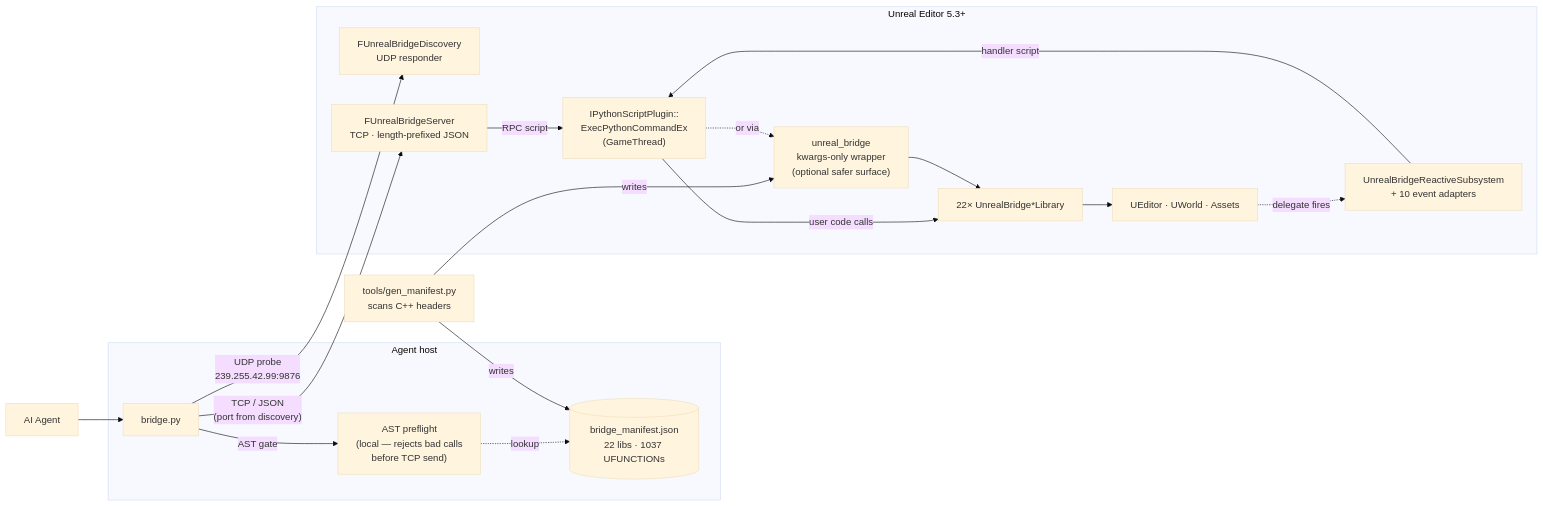
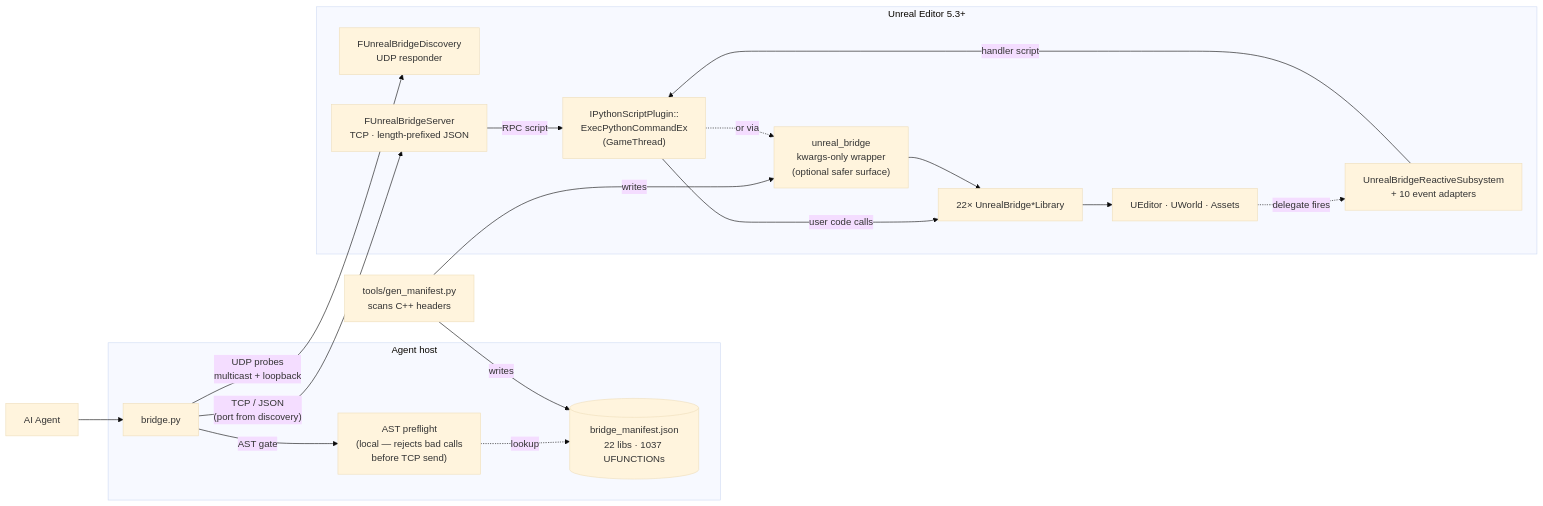
Before and after one commit to Tommy1213888/UnrealBridge: the diagram in README.md, drawn with Mermaid (base theme). The commit also changed other lines of this file and 6 other files, not shown here.

Commit message:
fix(discovery): add loopback probe fallback

````diff
--- a/README.md
+++ b/README.md
@@ -41,40 +41,40 @@
 ```mermaid
 flowchart LR
     Agent["AI Agent"]
 
     subgraph Host["Agent host"]
       CLI["bridge.py"]
       Pre["AST preflight<br/>(local — rejects bad calls<br/>before TCP send)"]
       Mani[("bridge_manifest.json<br/>22 libs · 1037 UFUNCTIONs")]
     end
 
     Gen["tools/gen_manifest.py<br/>scans C++ headers"]
 
     subgraph UE["Unreal Editor 5.3+"]
       Disc["FUnrealBridgeDiscovery<br/>UDP responder"]
       Server["FUnrealBridgeServer<br/>TCP · length-prefixed JSON"]
       Reactive["UnrealBridgeReactiveSubsystem<br/>+ 10 event adapters"]
       Exec["IPythonScriptPlugin::<br/>ExecPythonCommandEx<br/>(GameThread)"]
       Wrap["unreal_bridge<br/>kwargs-only wrapper<br/>(optional safer surface)"]
       Libs["22× UnrealBridge*Library"]
       Engine["UEditor · UWorld · Assets"]
     end
 
     Agent --> CLI
     CLI -- "AST gate" --> Pre
     Pre -. "lookup" .-> Mani
 
     Gen -- "writes" --> Mani
     Gen -- "writes" --> Wrap
 
-    CLI -- "UDP probe<br/>239.255.42.99:9876" --> Disc
+    CLI -- "UDP probes<br/>multicast + loopback" --> Disc
     CLI -- "TCP / JSON<br/>(port from discovery)" --> Server
     Server -- "RPC script" --> Exec
     Engine -. "delegate fires" .-> Reactive
     Reactive -- "handler script" --> Exec
 
     Exec -- "user code calls" --> Libs
     Exec -. "or via" .-> Wrap
     Wrap --> Libs
     Libs --> Engine
 ```
````
